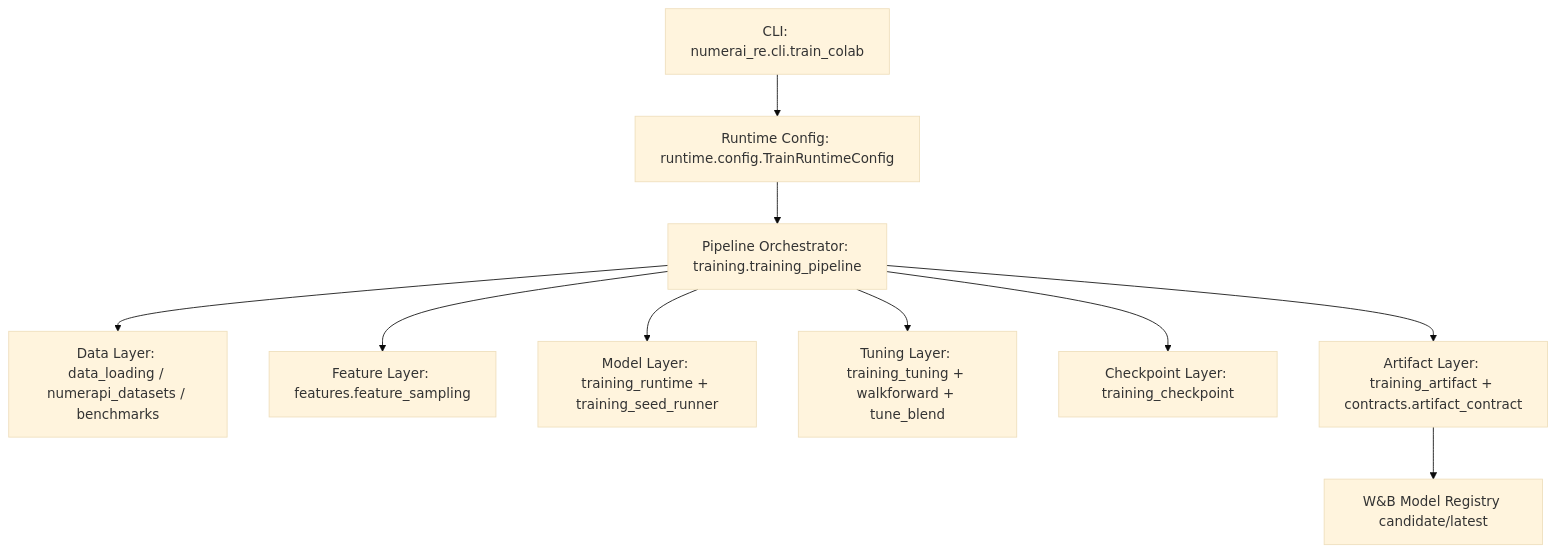
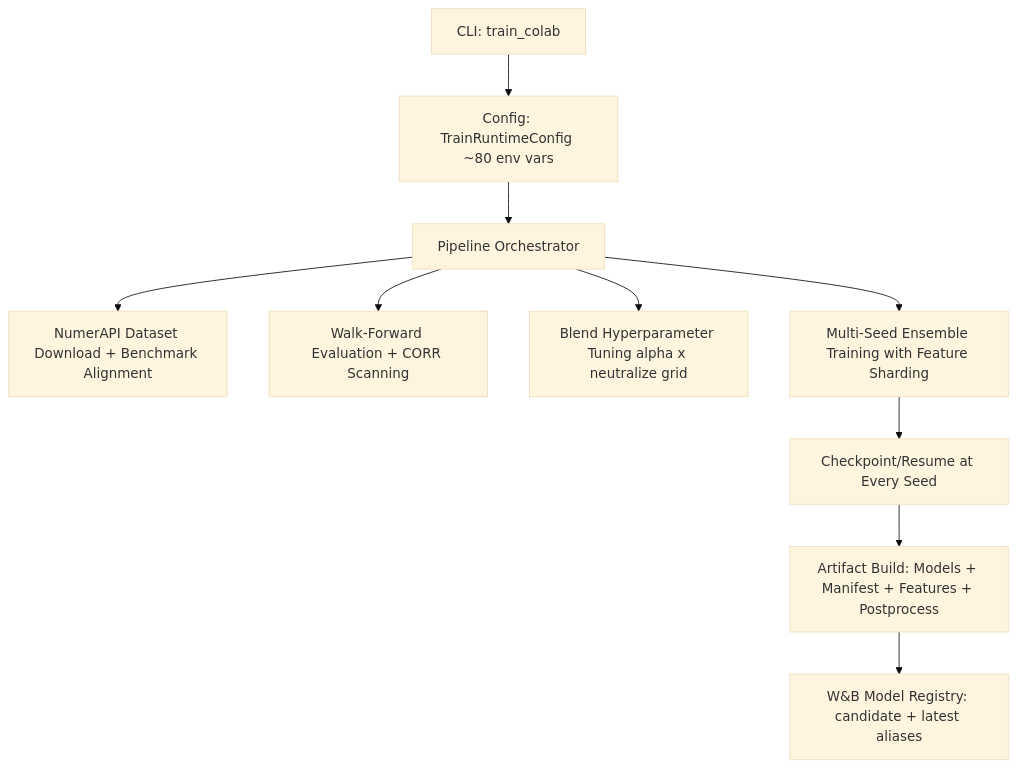
One commit to WilliamQD/Numerai-Re changed the first of 2 diagrams in README.md. Above: the diagram before and after it, drawn with Mermaid (base theme). The commit also changed other lines of this file and 49 other files, not shown here.

````diff
--- a/README.md
+++ b/README.md
@@ -60,12 +112,12 @@
 ```mermaid
 flowchart TD
-  A[CLI: numerai_re.cli.train_colab] --> B[Runtime Config: runtime.config.TrainRuntimeConfig]
-  B --> C[Pipeline Orchestrator: training.training_pipeline]
-  C --> D[Data Layer: data_loading / numerapi_datasets / benchmarks]
-  C --> E[Feature Layer: features.feature_sampling]
-  C --> F[Model Layer: training_runtime + training_seed_runner]
-  C --> G[Tuning Layer: training_tuning + walkforward + tune_blend]
-  C --> H[Checkpoint Layer: training_checkpoint]
-  C --> I[Artifact Layer: training_artifact + contracts.artifact_contract]
-  I --> J[W&B Model Registry candidate/latest]
+  A[CLI: train_colab] --> B[Config: TrainRuntimeConfig ~80 env vars]
+  B --> C[Pipeline Orchestrator]
+  C --> D[NumerAPI Dataset Download + Benchmark Alignment]
+  C --> E[Walk-Forward Evaluation + CORR Scanning]
+  C --> F[Blend Hyperparameter Tuning alpha x neutralize grid]
+  C --> G[Multi-Seed Ensemble Training with Feature Sharding]
+  G --> H[Checkpoint/Resume at Every Seed]
+  H --> I[Artifact Build: Models + Manifest + Features + Postprocess]
+  I --> J[W&B Model Registry: candidate + latest aliases]
 ```
````
